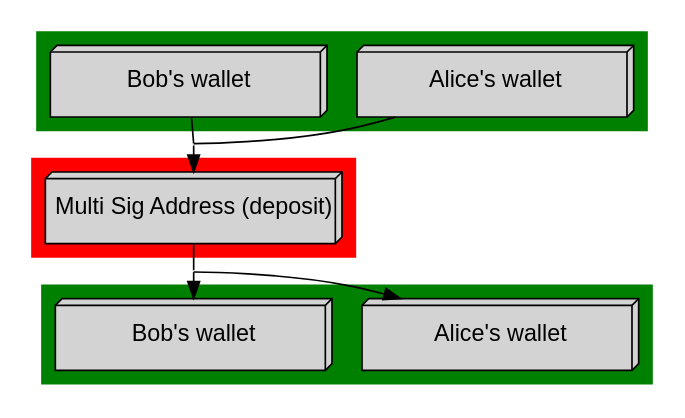
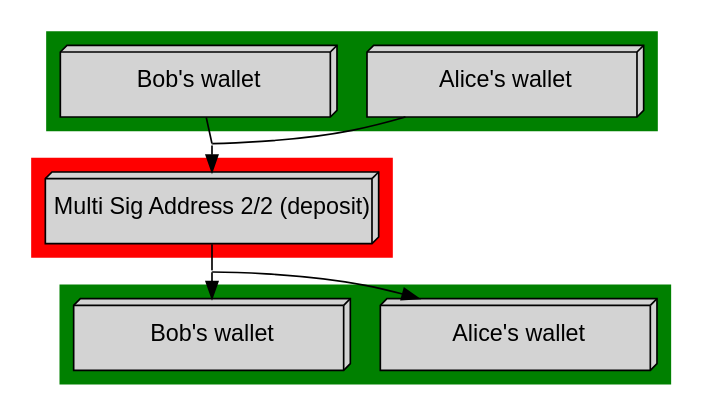
One commit to starius/harb-lapis changed the diagram in multisig-escrow/escrow.dot. Above: the diagram before and after it, drawn with Graphviz.

Commit message:
escrow: multisig address 2/2

```diff
--- a/multisig-escrow/escrow.dot
+++ b/multisig-escrow/escrow.dot
@@ -1,39 +1,39 @@
 digraph G {
     ranksep=0.2;
     rankdir=TB;
 
     node [style=filled, shape=box3d,
         width=2.3, height=0.6, fontname="Arial"];
 
     subgraph cluster_inputs {
         style = filled;
         color = green;
         alice_input [label="Alice's wallet"];
         bob_input [label="Bob's wallet"];
     }
 
     subgraph cluster_multisig {
         style = filled;
         color = red;
-        multisig_address [label="Multi Sig Address (deposit)"];
+        multisig_address [label="Multi Sig Address 2/2 (deposit)"];
     }
 
     subgraph cluster_outputs {
         style = filled;
         color = green;
         alice_output [label="Alice's wallet"];
         bob_output [label="Bob's wallet"];
     }
 
     node[shape=none, width=0, height=0, label=""];
     edge[dir=none];
     alice_input -> dummy_input;
     bob_input -> dummy_input;
     edge[dir=forward];
     dummy_input -> multisig_address;
     edge[dir=none];
     multisig_address -> dummy_output;
     edge[dir=forward];
     dummy_output -> alice_output;
     dummy_output -> bob_output;
 }
```
